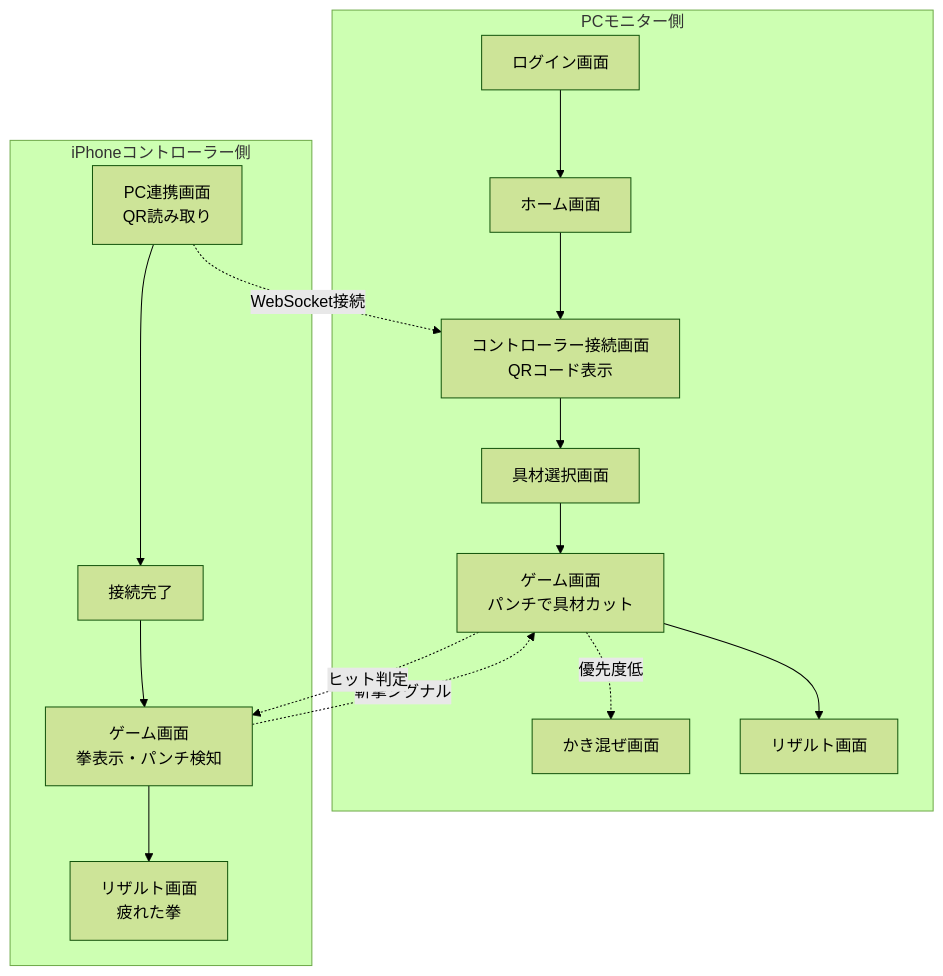
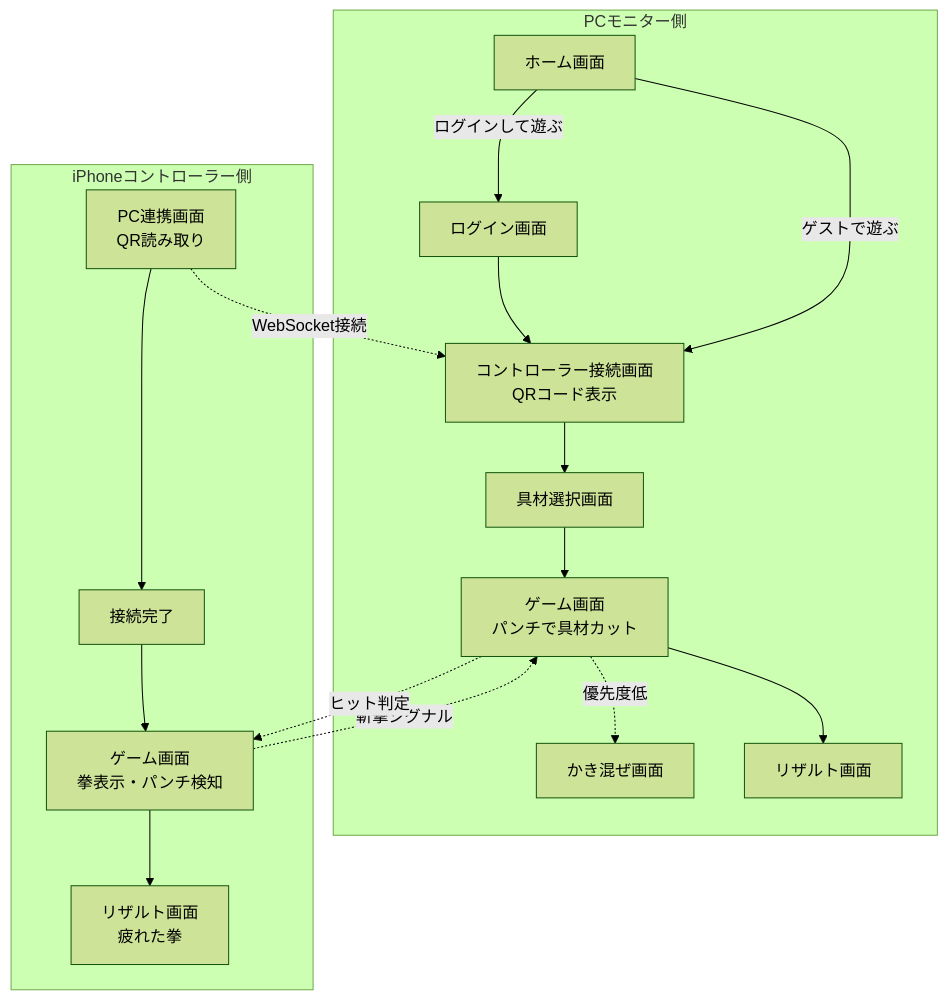
One commit to kaaaaaaaaya/HappyHappyKarateSoup changed the diagram in docs/ui/overview.md. Above: the diagram before and after it, drawn with Mermaid (forest theme). The commit also changed 1 other file, not shown here.

Commit message:
nit: ログインしなくても遊べるように

````diff
--- a/docs/ui/overview.md
+++ b/docs/ui/overview.md
@@ -15,24 +15,25 @@
 ```mermaid
 graph TD
     %% PC側のフロー
     subgraph PC[PCモニター側]
-        P_Login[ログイン画面] --> P_Home[ホーム画面]
-        P_Home --> P_Ready[コントローラー接続画面<br>QRコード表示]
+        P_Home[ホーム画面] -->|ログインして遊ぶ| P_Login[ログイン画面]
+        P_Login --> P_Ready[コントローラー接続画面<br>QRコード表示]
+        P_Home -->|ゲストで遊ぶ| P_Ready
         P_Ready --> P_Select[具材選択画面]
         P_Select --> P_Game[ゲーム画面<br>パンチで具材カット]
         P_Game -. 優先度低 .-> P_Mix[かき混ぜ画面]
         P_Game --> P_Result[リザルト画面]
     end
 
     %% iPhone側のフロー
     subgraph iPhone[iPhoneコントローラー側]
         I_Scan[PC連携画面<br>QR読み取り] --> I_Connected[接続完了]
         I_Connected --> I_Game[ゲーム画面<br>拳表示・パンチ検知]
         I_Game --> I_Result[リザルト画面<br>疲れた拳]
     end
 
     %% 連動アクション
     I_Scan -. WebSocket接続 .-> P_Ready
     I_Game -. 斬撃シグナル .-> P_Game
     P_Game -. ヒット判定 .-> I_Game
 ```
````
